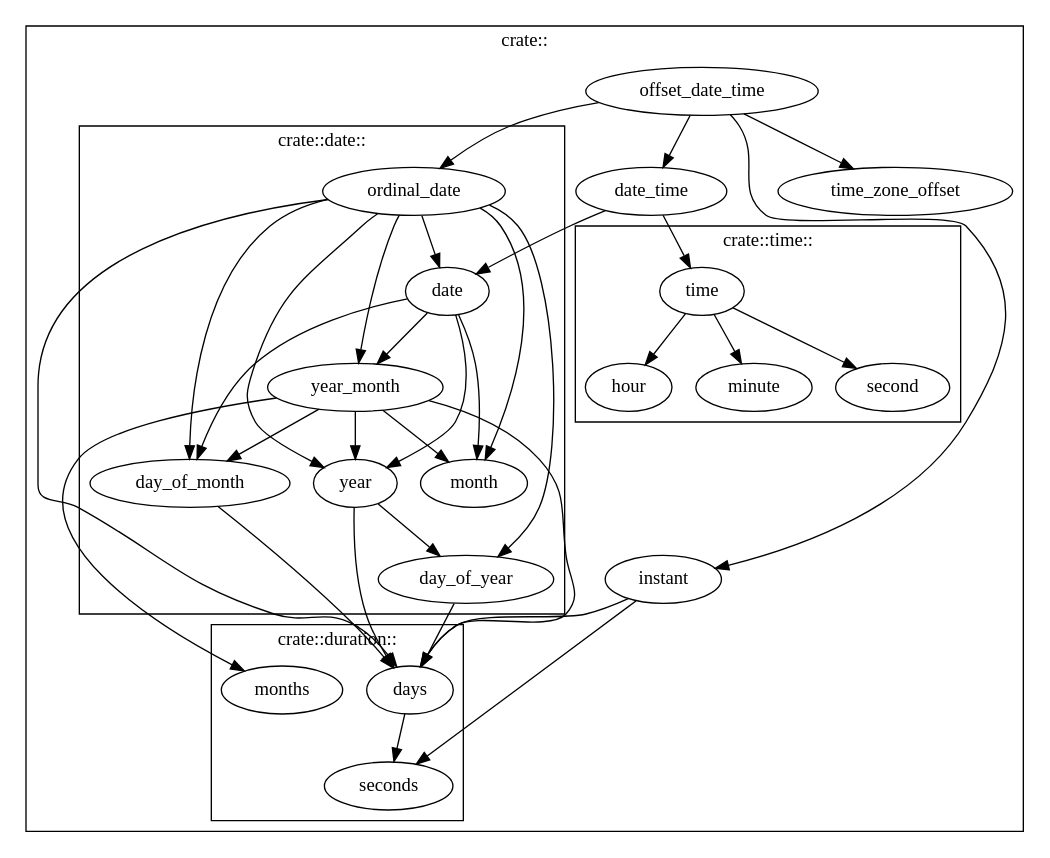
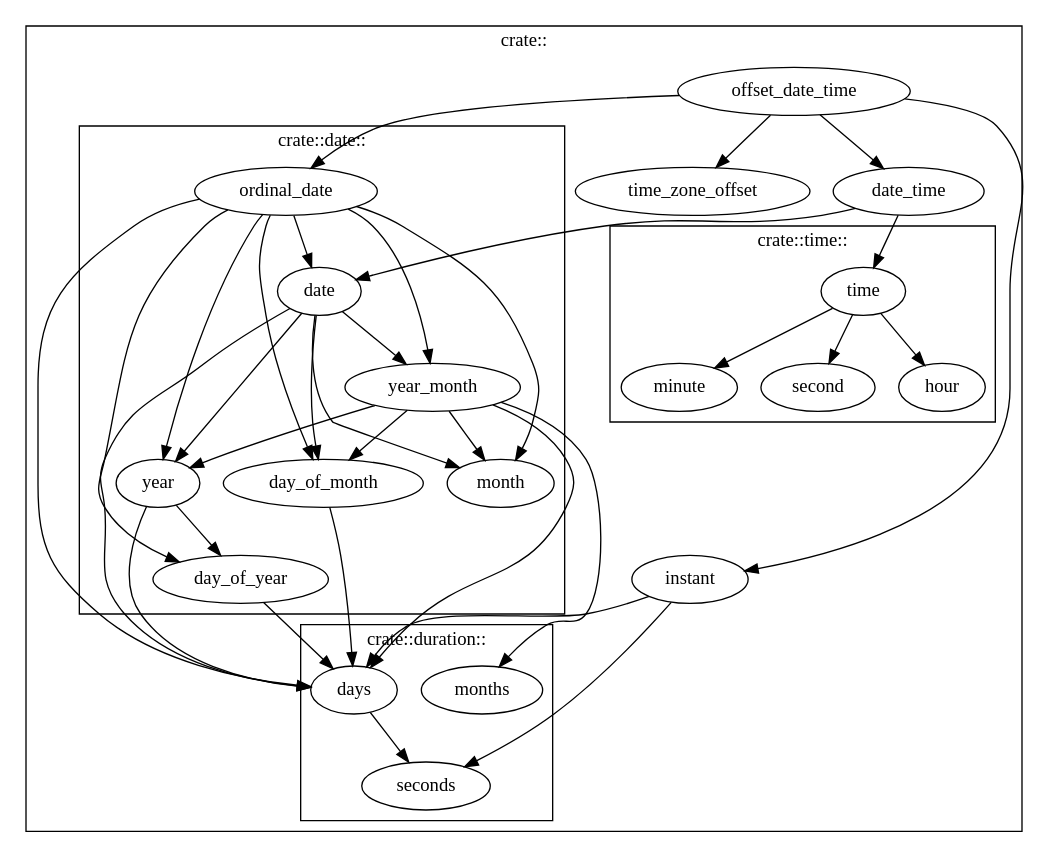
The diagram in mod_deps.dot (bouzuya/rust-limited-date-time), drawn with Graphviz before and after one commit. The commit also changed 1 other file, not shown here.

Commit message:
add Date::days_from_unix_epoch

```diff
--- a/mod_deps.dot
+++ b/mod_deps.dot
@@ -1,81 +1,82 @@
 digraph {
   // Vertex
 
   subgraph cluster3 {
     label = "crate::"
 
     subgraph cluster0 {
       label = "crate::date::"
       date
       day_of_month
       day_of_year
       month
       ordinal_date
       year
       year_month
     }
 
     subgraph cluster1 {
       label = "crate::duration::"
       days
       months
       seconds
     }
 
     subgraph cluster2 {
       label = "crate::time::"
       hour
       minute
       second
       time
     }
 
     date_time
     // date
     // duration
     instant
     offset_date_time
     time_zone_offset
     // time
   }
 
   // Edge
 
   // date::*
   day_of_month -> days
   day_of_year -> days
   year_month -> days
   year_month -> months
   year_month -> day_of_month
   year_month -> month
   year_month -> year
   year -> day_of_year
   year -> days
 
   // duration::*
   days -> seconds
 
   // crate::*
   date_time -> date
   date_time -> time
   date -> year
   date -> month
   date -> day_of_month
   date -> year_month
+  date -> days
   instant -> days
   instant -> seconds
   offset_date_time -> date_time
   offset_date_time -> instant
   offset_date_time -> ordinal_date
   offset_date_time -> time_zone_offset
   ordinal_date -> year
   ordinal_date -> date
   ordinal_date -> day_of_month
   ordinal_date -> days
   ordinal_date -> month
   ordinal_date -> year_month
   ordinal_date -> day_of_year
   time -> hour
   time -> minute
   time -> second
 }
```
